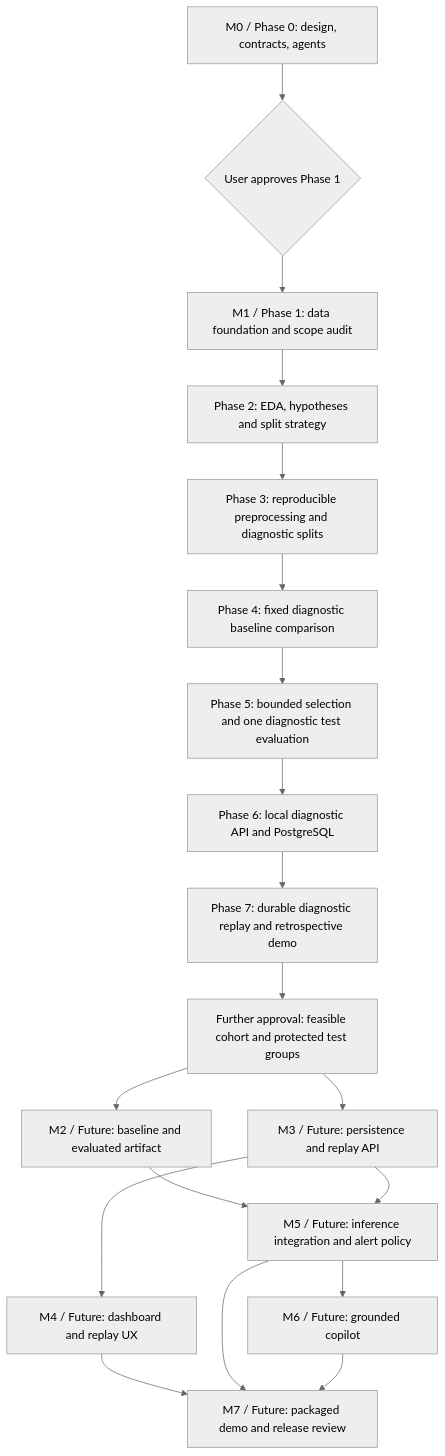
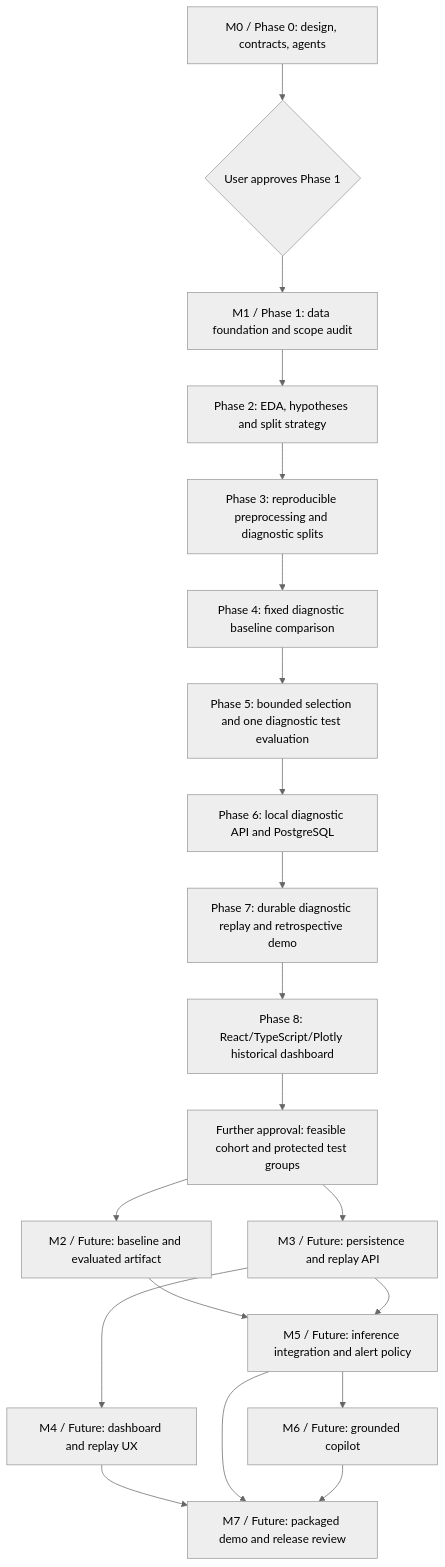
The diagram in docs/ROADMAP.md (MereyIssenbay/oilwell-ai), drawn with Mermaid (neutral theme) before and after one commit. The commit also changed other lines of this file and 55 other files, not shown here.

````diff
--- a/docs/ROADMAP.md
+++ b/docs/ROADMAP.md
@@ -17,21 +17,22 @@
 ```mermaid
 flowchart TD
     M0["M0 / Phase 0: design, contracts, agents"] --> G1{"User approves Phase 1"}
     G1 --> M1["M1 / Phase 1: data foundation and scope audit"]
     M1 --> E2["Phase 2: EDA, hypotheses and split strategy"]
     E2 --> P3["Phase 3: reproducible preprocessing and diagnostic splits"]
     P3 --> B4["Phase 4: fixed diagnostic baseline comparison"]
     B4 --> E5["Phase 5: bounded selection and one diagnostic test evaluation"]
     E5 --> B6["Phase 6: local diagnostic API and PostgreSQL"]
     B6 --> R7["Phase 7: durable diagnostic replay and retrospective demo"]
-    R7 --> COHORT["Further approval: feasible cohort and protected test groups"]
+    R7 --> F8["Phase 8: React/TypeScript/Plotly historical dashboard"]
+    F8 --> COHORT["Further approval: feasible cohort and protected test groups"]
     COHORT --> M2["M2 / Future: baseline and evaluated artifact"]
     COHORT --> M3["M3 / Future: persistence and replay API"]
     M3 --> M4["M4 / Future: dashboard and replay UX"]
     M2 --> M5["M5 / Future: inference integration and alert policy"]
     M3 --> M5
     M5 --> M6["M6 / Future: grounded copilot"]
     M4 --> M7["M7 / Future: packaged demo and release review"]
     M5 --> M7
     M6 --> M7
 ```
````
